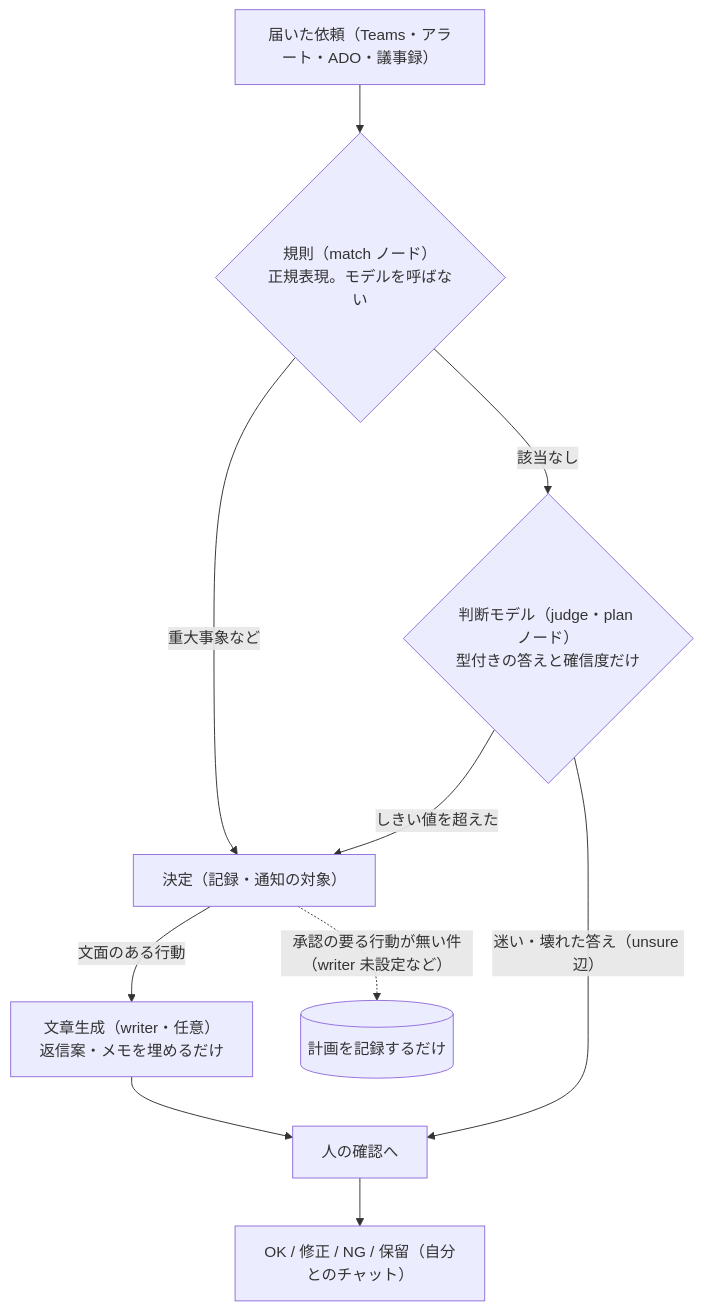
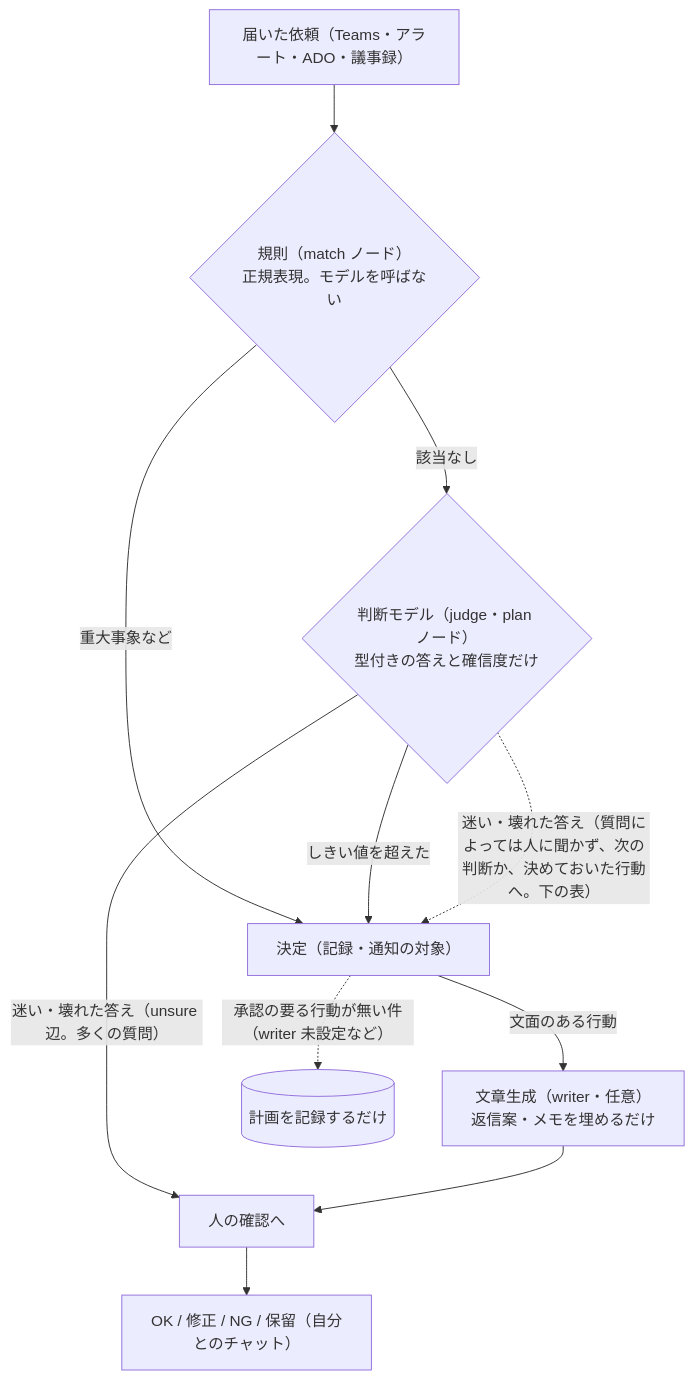
Before and after one commit to awano27/pm-decision: the first of 3 diagrams in docs/design.md, drawn with Mermaid. The commit also changed other lines of this file and 34 other files, not shown here.

````diff
--- a/docs/design.md
+++ b/docs/design.md
@@ -7,12 +7,13 @@
 ```mermaid
 flowchart TD
     E["届いた依頼（Teams・アラート・ADO・議事録）"] --> M{"規則（match ノード）<br/>正規表現。モデルを呼ばない"}
     M -- "重大事象など" --> DEC["決定（記録・通知の対象）"]
     M -- "該当なし" --> J{"判断モデル（judge・plan ノード）<br/>型付きの答えと確信度だけ"}
     J -- "しきい値を超えた" --> DEC
-    J -- "迷い・壊れた答え（unsure 辺）" --> ASK["人の確認へ"]
+    J -- "迷い・壊れた答え（unsure 辺。多くの質問）" --> ASK["人の確認へ"]
+    J -. "迷い・壊れた答え（質問によっては人に聞かず、次の判断か、決めておいた行動へ。下の表）" .-> DEC
     DEC -- "文面のある行動" --> W["文章生成（writer・任意）<br/>返信案・メモを埋めるだけ"]
     DEC -. "承認の要る行動が無い件（writer 未設定など）" .-> LOG[("計画を記録するだけ")]
     W --> ASK
     ASK --> OK["OK / 修正 / NG / 保留（自分とのチャット）"]
 ```
````
